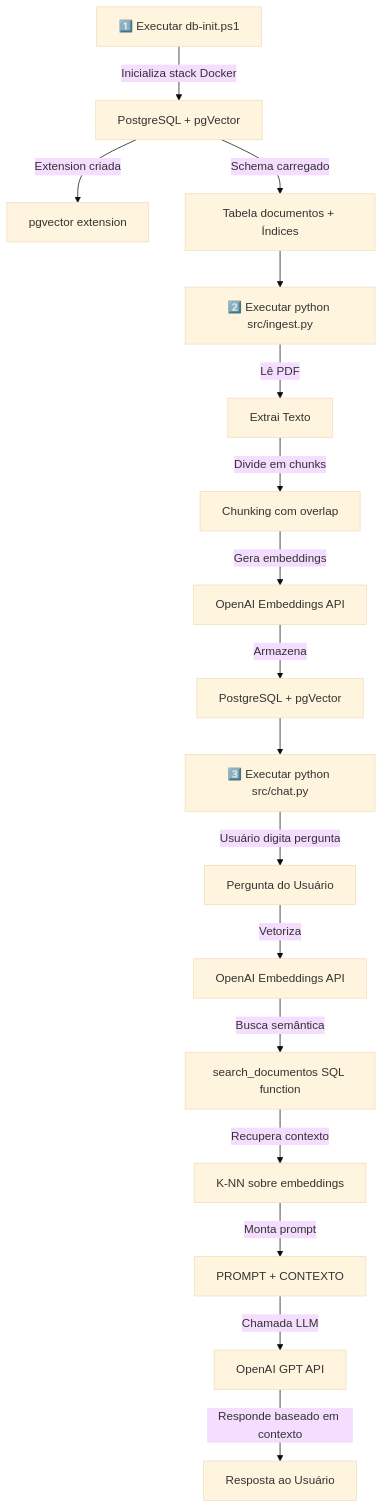
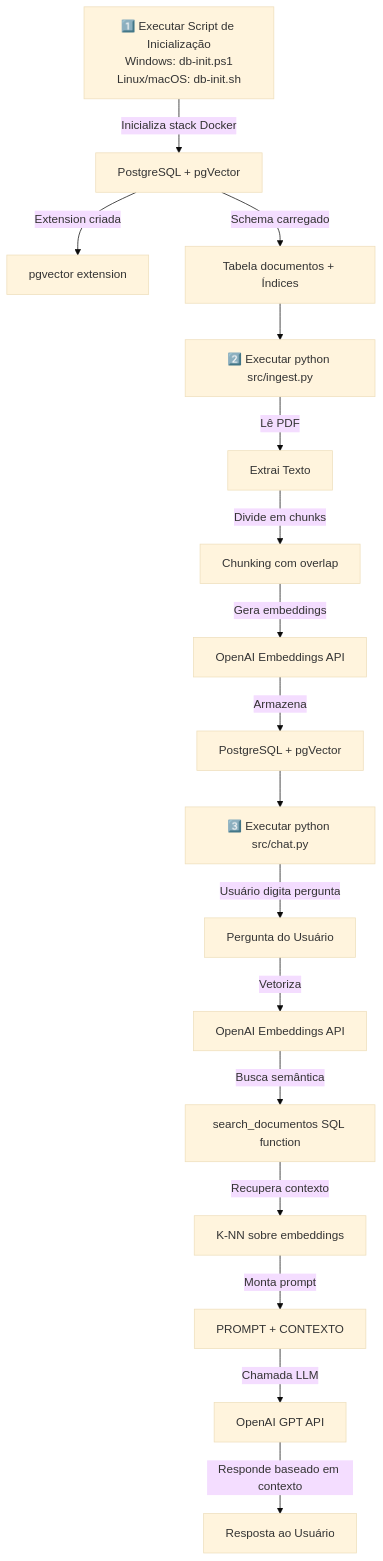
The diagram in README.md (eduardo-paulo-rocha/mba-ia-desafio-ingestao-busca), drawn with Mermaid (base theme) before and after one commit. The commit also changed other lines of this file and 2 other files, not shown here.

Commit message:
Organize initialization scripts into a dedicated directory and enhance their functionality for PostgreSQL setup

````diff
--- a/README.md
+++ b/README.md
@@ -48,21 +51,21 @@
 ```mermaid
 graph TD
-    A["1️⃣ Executar db-init.ps1"] -->|Inicializa stack Docker| B["PostgreSQL + pgVector"]
+    A["1️⃣ Executar Script de Inicialização<br/>Windows: db-init.ps1<br/>Linux/macOS: db-init.sh"] -->|Inicializa stack Docker| B["PostgreSQL + pgVector"]
     B -->|Extension criada| C["pgvector extension"]
     B -->|Schema carregado| D["Tabela documentos + Índices"]
     
     D --> E["2️⃣ Executar python src/ingest.py"]
     E -->|Lê PDF| F["Extrai Texto"]
     F -->|Divide em chunks| G["Chunking com overlap"]
     G -->|Gera embeddings| H["OpenAI Embeddings API"]
     H -->|Armazena| I["PostgreSQL + pgVector"]
     
     I --> J["3️⃣ Executar python src/chat.py"]
     J -->|Usuário digita pergunta| K["Pergunta do Usuário"]
     K -->|Vetoriza| L["OpenAI Embeddings API"]
     L -->|Busca semântica| M["search_documentos SQL function"]
     M -->|Recupera contexto| N["K-NN sobre embeddings"]
     N -->|Monta prompt| O["PROMPT + CONTEXTO"]
     O -->|Chamada LLM| P["OpenAI GPT API"]
     P -->|Responde baseado em contexto| Q["Resposta ao Usuário"]
 ```
````
